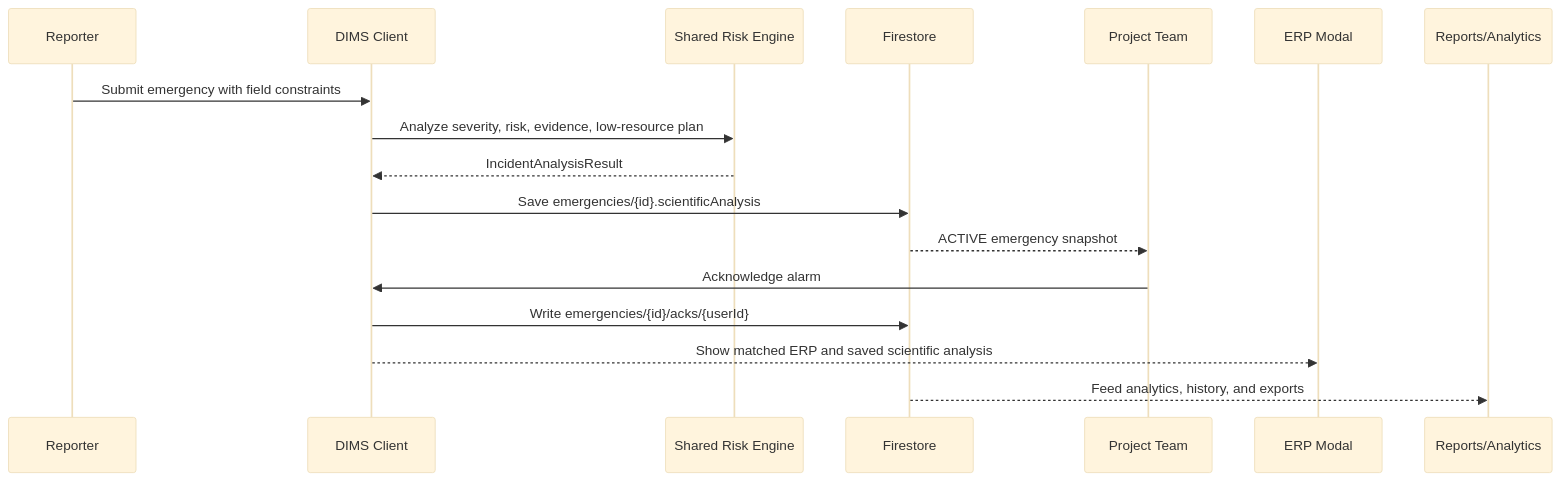
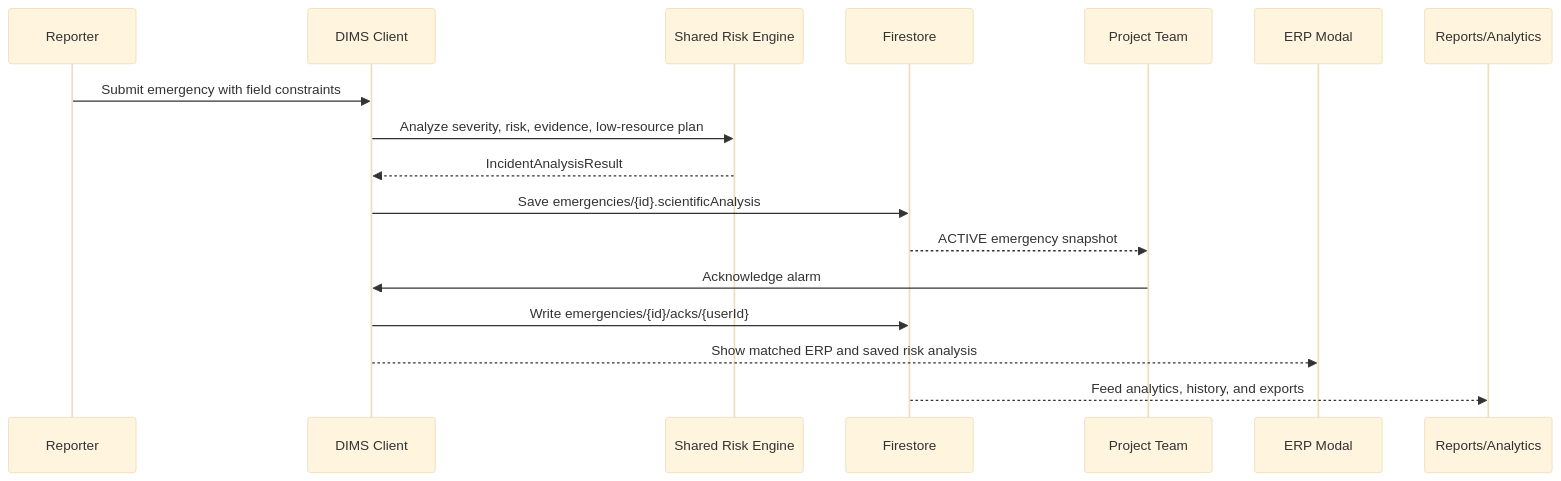
The second of 5 diagrams in README.md (Drey332/DIMS), drawn with Mermaid (base theme) before and after one commit. The commit also changed other lines of this file and 8 other files, not shown here.

````diff
--- a/README.md
+++ b/README.md
@@ -53,20 +57,20 @@
 ```mermaid
 sequenceDiagram
   participant Reporter as Reporter
   participant Client as DIMS Client
   participant Analysis as Shared Risk Engine
   participant Firestore as Firestore
   participant Team as Project Team
   participant ERP as ERP Modal
   participant Reports as Reports/Analytics
 
   Reporter->>Client: Submit emergency with field constraints
   Client->>Analysis: Analyze severity, risk, evidence, low-resource plan
   Analysis-->>Client: IncidentAnalysisResult
   Client->>Firestore: Save emergencies/{id}.scientificAnalysis
   Firestore-->>Team: ACTIVE emergency snapshot
   Team->>Client: Acknowledge alarm
   Client->>Firestore: Write emergencies/{id}/acks/{userId}
-  Client-->>ERP: Show matched ERP and saved scientific analysis
+  Client-->>ERP: Show matched ERP and saved risk analysis
   Firestore-->>Reports: Feed analytics, history, and exports
 ```
````
